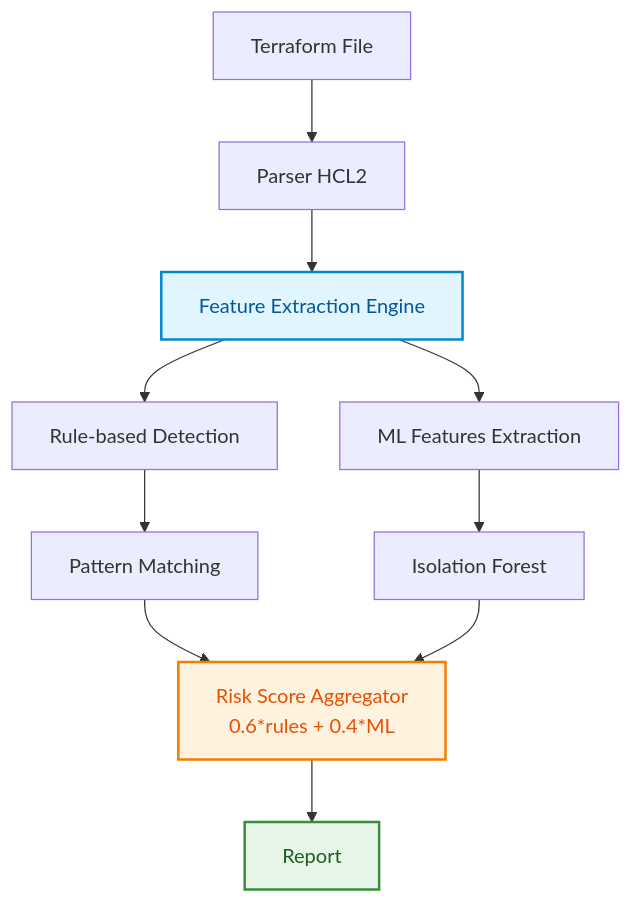
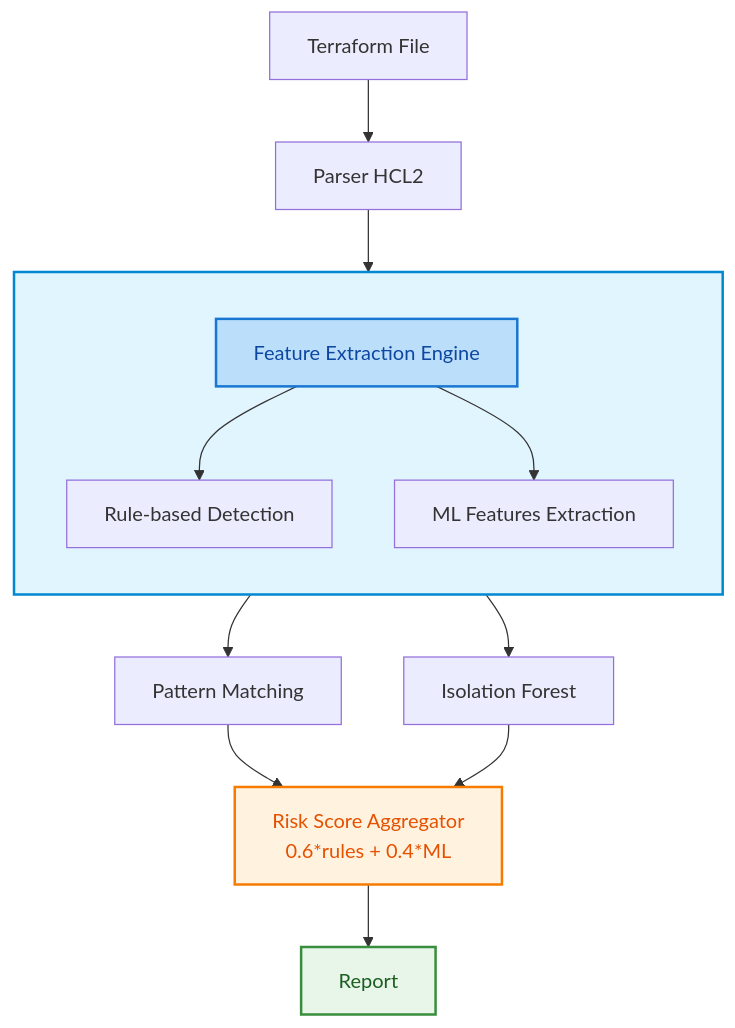
One commit to oguarni/TerraSafe changed the diagram in README.md. Above: the diagram before and after it, drawn with Mermaid.

Commit message:
Update mermaid diagram in README.md
Refactor the diagram for clarity and styling.

````diff
--- a/README.md
+++ b/README.md
@@ -36,21 +36,25 @@
 ```mermaid
 graph TD
     A[Terraform File] --> B[Parser HCL2]
-    B --> C[Feature Extraction Engine]
+    B --> FEE
     
-    C --> D[Rule-based Detection]
-    C --> E[ML Features Extraction]
+    subgraph FEE[" "]
+        direction TB
+        C[Feature Extraction Engine]
+        C --> D[Rule-based Detection]
+        C --> E[ML Features Extraction]
+    end
     
     D --> F[Pattern Matching]
     E --> G[Isolation Forest]
     
     F --> H[Risk Score Aggregator <br> 0.6*rules + 0.4*ML]
     G --> H
     
     H --> I[Report]
 
-    style C fill:#e1f5ff,stroke:#0288d1,stroke-width:2px,color:#01579b
+    style FEE fill:#e1f5ff,stroke:#0288d1,stroke-width:2px
+    style C fill:#bbdefb,stroke:#1976d2,stroke-width:2px,color:#0d47a1
     style H fill:#fff3e0,stroke:#f57c00,stroke-width:2px,color:#e65100
     style I fill:#e8f5e9,stroke:#388e3c,stroke-width:2px,color:#1b5e20
-
 ```
````
